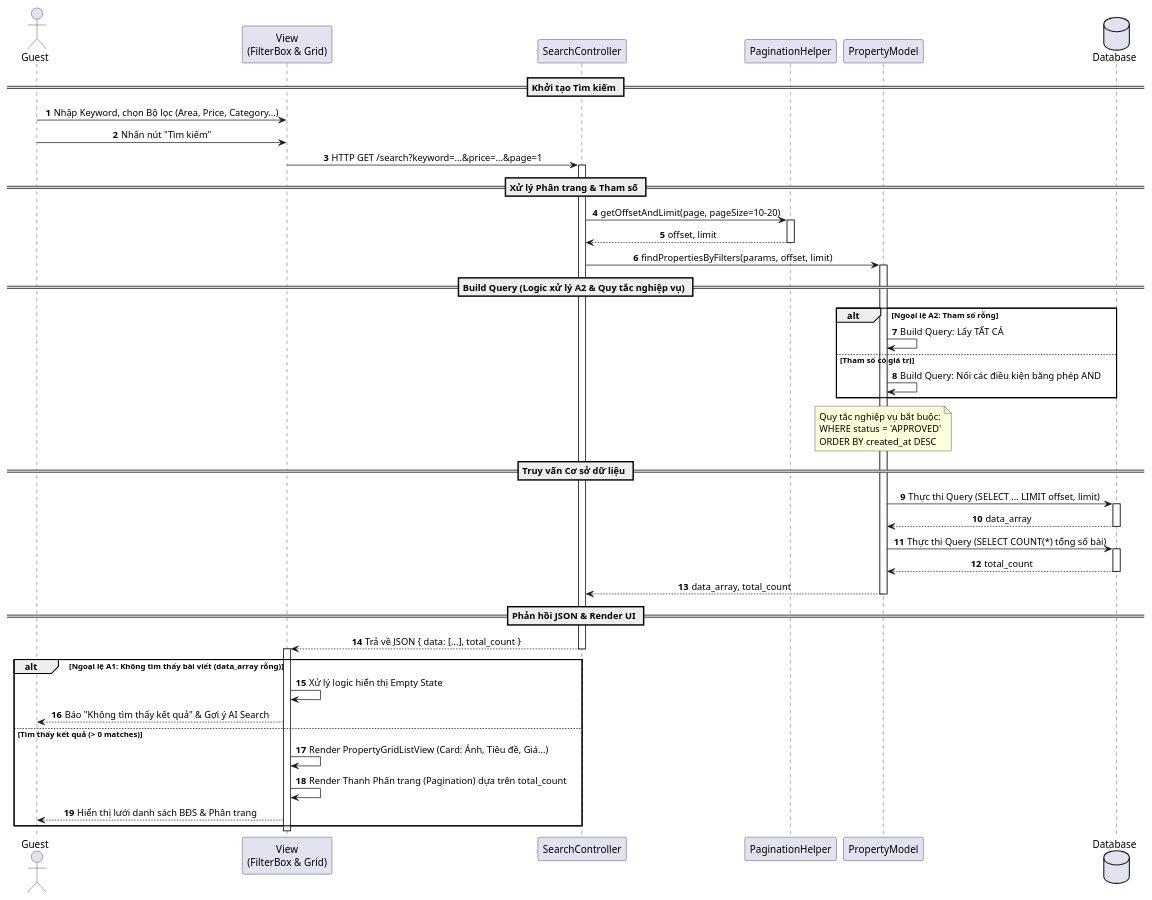
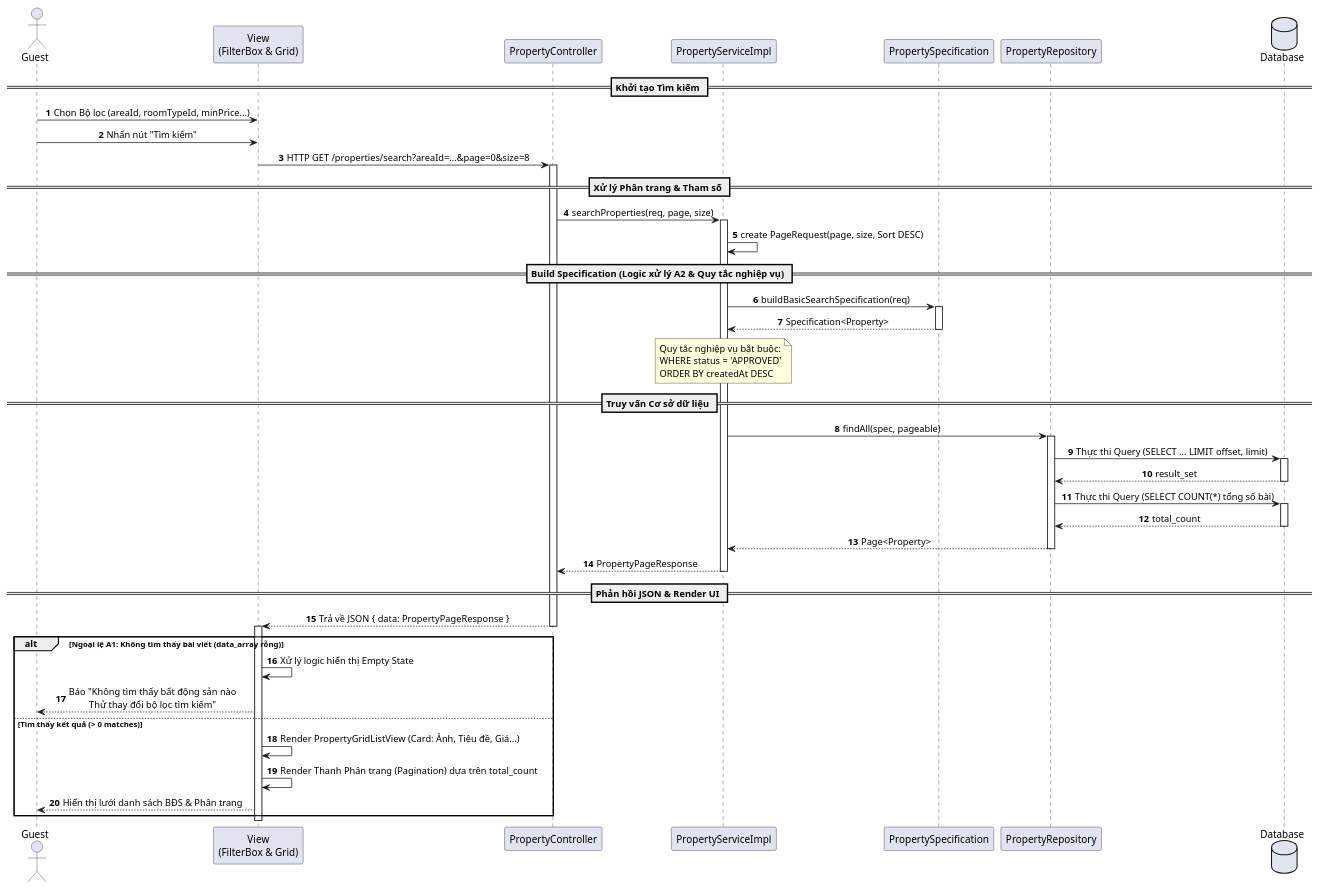
One commit to chishiya2309/LeaseLink-Backend changed the diagram in src/main/java/vn/hcmute/edu/lequanghung_nguyenthaibao/backend/uml/UC03/SequenceDiagramUC3.puml. Above: the diagram before and after it, drawn with PlantUML. The commit also changed 3 other files, not shown here.

Commit message:
Điều chỉnh các UML của UC03

```diff
--- a/src/main/java/vn/hcmute/edu/lequanghung_nguyenthaibao/backend/uml/UC03/SequenceDiagramUC3.puml
+++ b/src/main/java/vn/hcmute/edu/lequanghung_nguyenthaibao/backend/uml/UC03/SequenceDiagramUC3.puml
@@ -1,66 +1,68 @@
 @startuml
 autonumber
 skinparam SequenceMessageAlign center
 
 actor "Guest" as User
 participant "View\n(FilterBox & Grid)" as View
-participant "SearchController" as Ctrl
-participant "PaginationHelper" as Paginate
-participant "PropertyModel" as Model
+participant "PropertyController" as Ctrl
+participant "PropertyServiceImpl" as Service
+participant "PropertySpecification" as Spec
+participant "PropertyRepository" as Repo
 database "Database" as DB
 
 == Khởi tạo Tìm kiếm ==
-User -> View: Nhập Keyword, chọn Bộ lọc (Area, Price, Category...)
+User -> View: Chọn Bộ lọc (areaId, roomTypeId, minPrice...)
 User -> View: Nhấn nút "Tìm kiếm"
 
-View -> Ctrl: HTTP GET /search?keyword=...&price=...&page=1
+View -> Ctrl: HTTP GET /properties/search?areaId=...&page=0&size=8
 activate Ctrl
 
 == Xử lý Phân trang & Tham số ==
-Ctrl -> Paginate: getOffsetAndLimit(page, pageSize=10-20)
-activate Paginate
-Paginate --> Ctrl: offset, limit
-deactivate Paginate
+Ctrl -> Service: searchProperties(req, page, size)
+activate Service
 
-Ctrl -> Model: findPropertiesByFilters(params, offset, limit)
-activate Model
+Service -> Service: create PageRequest(page, size, Sort DESC)
 
-== Build Query (Logic xử lý A2 & Quy tắc nghiệp vụ) ==
-alt Ngoại lệ A2: Tham số rỗng
-    Model -> Model: Build Query: Lấy TẤT CẢ
-else Tham số có giá trị
-    Model -> Model: Build Query: Nối các điều kiện bằng phép AND
-end
+== Build Specification (Logic xử lý A2 & Quy tắc nghiệp vụ) ==
+Service -> Spec: buildBasicSearchSpecification(req)
+activate Spec
+Spec --> Service: Specification<Property>
+deactivate Spec
 
-note over Model: Quy tắc nghiệp vụ bắt buộc:\nWHERE status = 'APPROVED'\nORDER BY created_at DESC
+note over Service: Quy tắc nghiệp vụ bắt buộc:\nWHERE status = 'APPROVED'\nORDER BY createdAt DESC
 
 == Truy vấn Cơ sở dữ liệu ==
-Model -> DB: Thực thi Query (SELECT ... LIMIT offset, limit)
+Service -> Repo: findAll(spec, pageable)
+activate Repo
+Repo -> DB: Thực thi Query (SELECT ... LIMIT offset, limit)
 activate DB
-DB --> Model: data_array
+DB --> Repo: result_set
 deactivate DB
 
-Model -> DB: Thực thi Query (SELECT COUNT(*) tổng số bài)
+Repo -> DB: Thực thi Query (SELECT COUNT(*) tổng số bài)
 activate DB
-DB --> Model: total_count
+DB --> Repo: total_count
 deactivate DB
 
-Model --> Ctrl: data_array, total_count
-deactivate Model
+Repo --> Service: Page<Property>
+deactivate Repo
+
+Service --> Ctrl: PropertyPageResponse
+deactivate Service
 
 == Phản hồi JSON & Render UI ==
-Ctrl --> View: Trả về JSON { data: [...], total_count }
+Ctrl --> View: Trả về JSON { data: PropertyPageResponse }
 deactivate Ctrl
 
 activate View
 alt Ngoại lệ A1: Không tìm thấy bài viết (data_array rỗng)
     View -> View: Xử lý logic hiển thị Empty State
-    View --> User: Báo "Không tìm thấy kết quả" & Gợi ý AI Search
+    View --> User: Báo "Không tìm thấy bất động sản nào\nThử thay đổi bộ lọc tìm kiếm"
 else Tìm thấy kết quả (> 0 matches)
     View -> View: Render PropertyGridListView (Card: Ảnh, Tiêu đề, Giá...)
     View -> View: Render Thanh Phân trang (Pagination) dựa trên total_count
     View --> User: Hiển thị lưới danh sách BĐS & Phân trang
 end
 deactivate View
 
 @enduml
```
